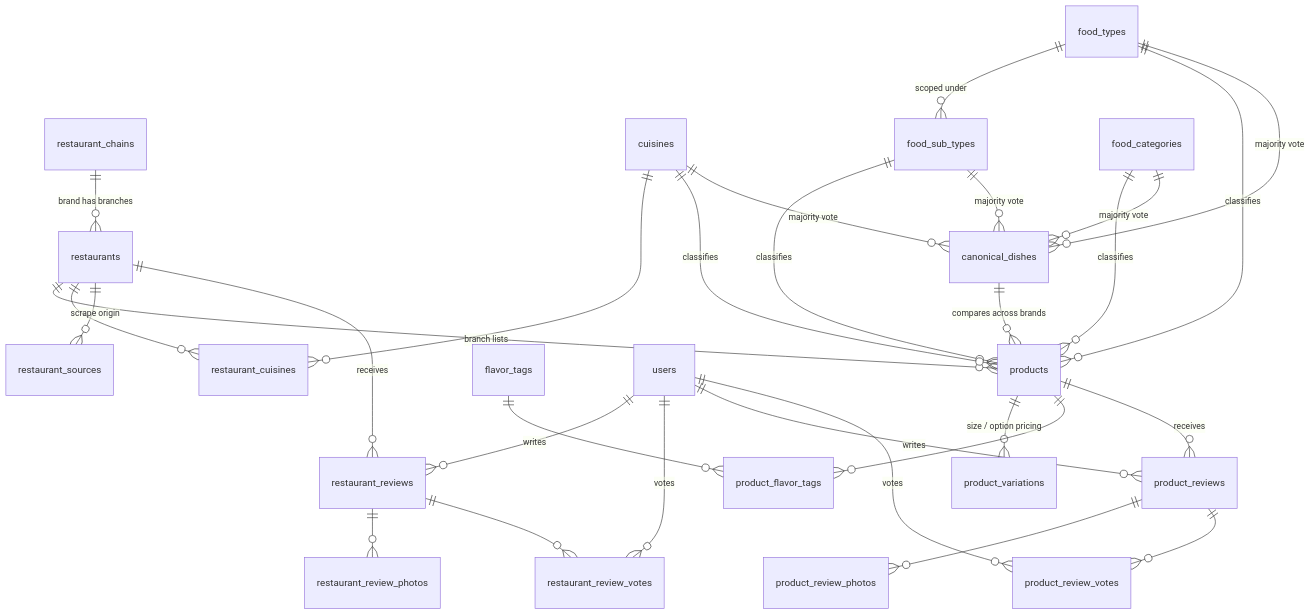
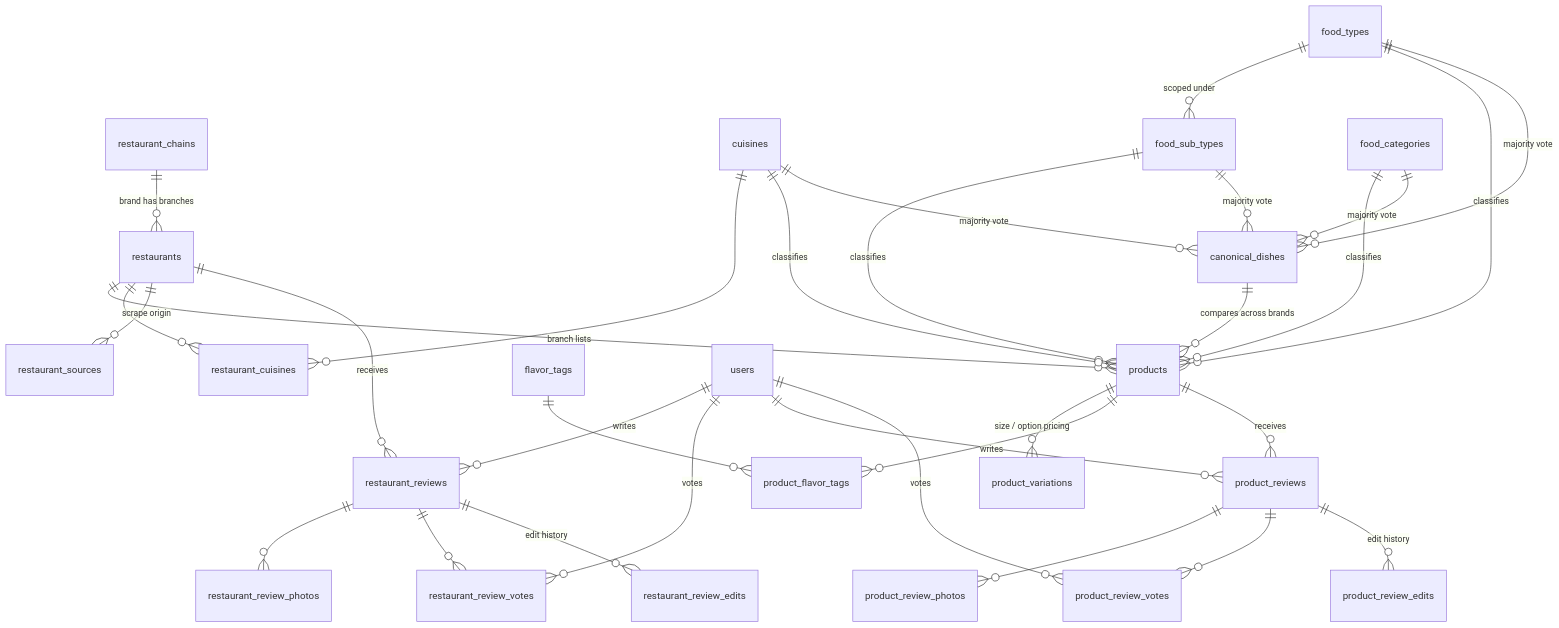
The first of 5 diagrams in docs/SCHEMA.md (shohanchowdhury/khawon-api), drawn with Mermaid before and after one commit. The commit also changed other lines of this file and 10 other files, not shown here.

First line of the commit message:
feat(reviews): keep edit history for both review stacks

````diff
--- a/docs/SCHEMA.md
+++ b/docs/SCHEMA.md
@@ -51,36 +51,38 @@
 ```mermaid
 erDiagram
     restaurant_chains  ||--o{ restaurants : "brand has branches"
     restaurants        ||--o{ products : "branch lists"
     restaurants        ||--o{ restaurant_cuisines : ""
     cuisines           ||--o{ restaurant_cuisines : ""
     restaurants        ||--o{ restaurant_sources : "scrape origin"
 
     food_types         ||--o{ food_sub_types : "scoped under"
     food_types         ||--o{ products : "classifies"
     food_sub_types     ||--o{ products : "classifies"
     cuisines           ||--o{ products : "classifies"
     food_categories    ||--o{ products : "classifies"
 
     canonical_dishes   ||--o{ products : "compares across brands"
     food_types         ||--o{ canonical_dishes : "majority vote"
     food_sub_types     ||--o{ canonical_dishes : "majority vote"
     cuisines           ||--o{ canonical_dishes : "majority vote"
     food_categories    ||--o{ canonical_dishes : "majority vote"
 
     products           ||--o{ product_variations : "size / option pricing"
     products           ||--o{ product_flavor_tags : ""
     flavor_tags        ||--o{ product_flavor_tags : ""
 
     users              ||--o{ restaurant_reviews : "writes"
     restaurants        ||--o{ restaurant_reviews : "receives"
     restaurant_reviews ||--o{ restaurant_review_photos : ""
     restaurant_reviews ||--o{ restaurant_review_votes : ""
     users              ||--o{ restaurant_review_votes : "votes"
 
     users              ||--o{ product_reviews : "writes"
     products           ||--o{ product_reviews : "receives"
     product_reviews    ||--o{ product_review_photos : ""
     product_reviews    ||--o{ product_review_votes : ""
     users              ||--o{ product_review_votes : "votes"
+    restaurant_reviews ||--o{ restaurant_review_edits : "edit history"
+    product_reviews    ||--o{ product_review_edits : "edit history"
 ```
````
